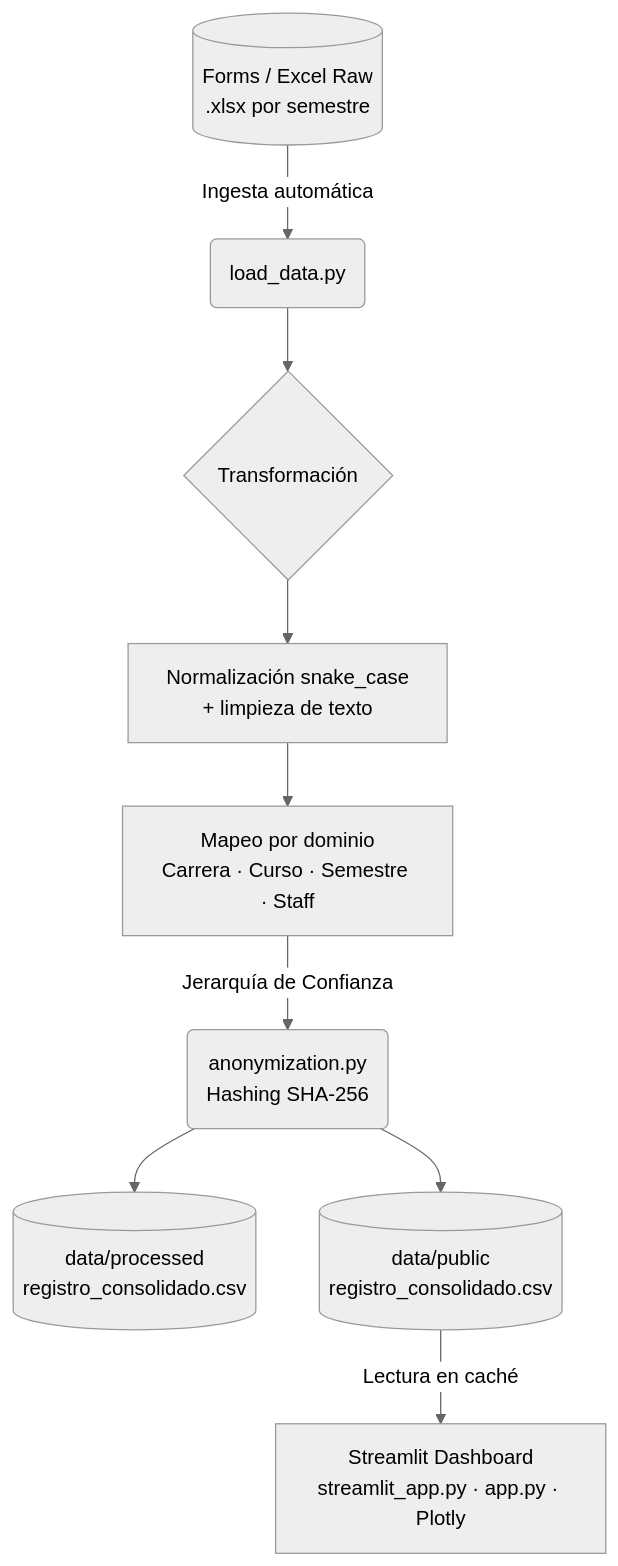
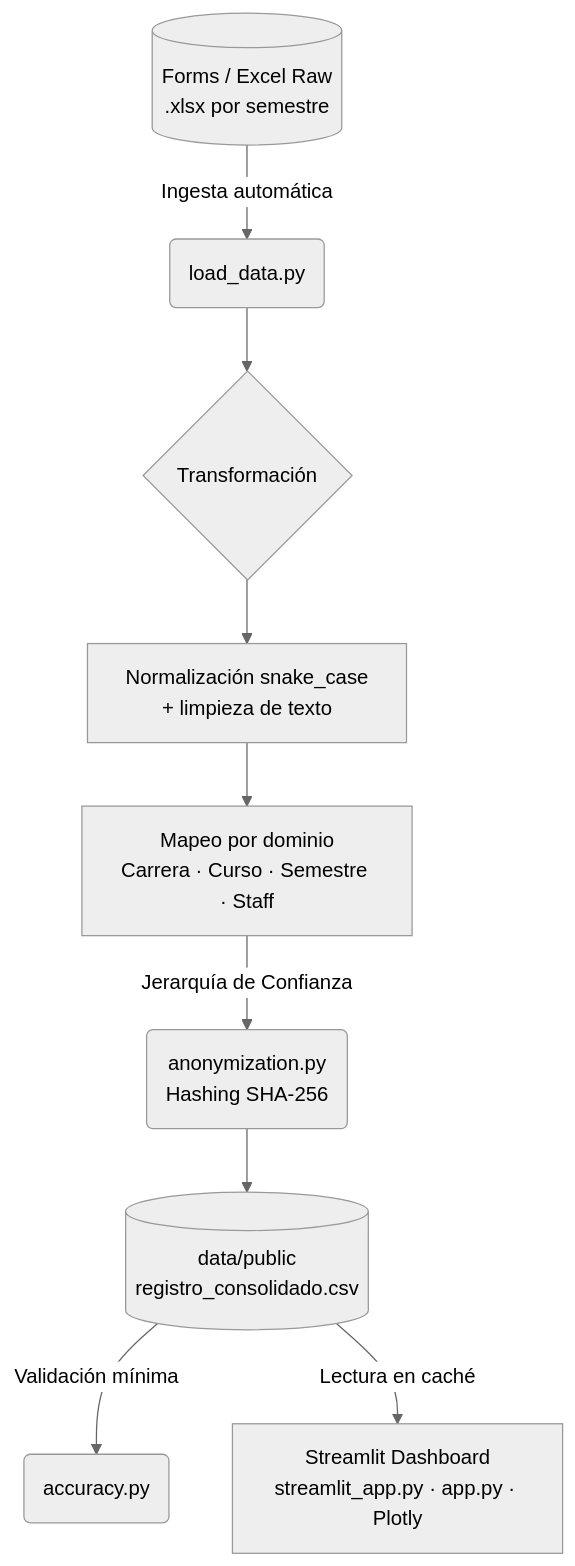
One commit to JuanEstiven-Data/registro_LEA changed the diagram in README.md. Above: the diagram before and after it, drawn with Mermaid (neutral theme). The commit also changed other lines of this file and 3 other files, not shown here.

````diff
--- a/README.md
+++ b/README.md
@@ -36,11 +34,11 @@
 ```mermaid
 graph TD
     A[(Forms / Excel Raw<br/>.xlsx por semestre)] -->|Ingesta automática| B(load_data.py)
     B --> C{Transformación}
     C --> D[Normalización snake_case<br/>+ limpieza de texto]
     D --> E[Mapeo por dominio<br/>Carrera · Curso · Semestre · Staff]
     E -->|Jerarquía de Confianza| F(anonymization.py<br/>Hashing SHA-256)
-    F --> G[(data/processed<br/>registro_consolidado.csv)]
-    F --> I[(data/public<br/>registro_consolidado.csv)]
-    I -->|Lectura en caché| H[Streamlit Dashboard<br/>streamlit_app.py · app.py · Plotly]
+    F --> G[(data/public<br/>registro_consolidado.csv)]
+    G -->|Validación mínima| I(accuracy.py)
+    G -->|Lectura en caché| H[Streamlit Dashboard<br/>streamlit_app.py · app.py · Plotly]
 ```
````
